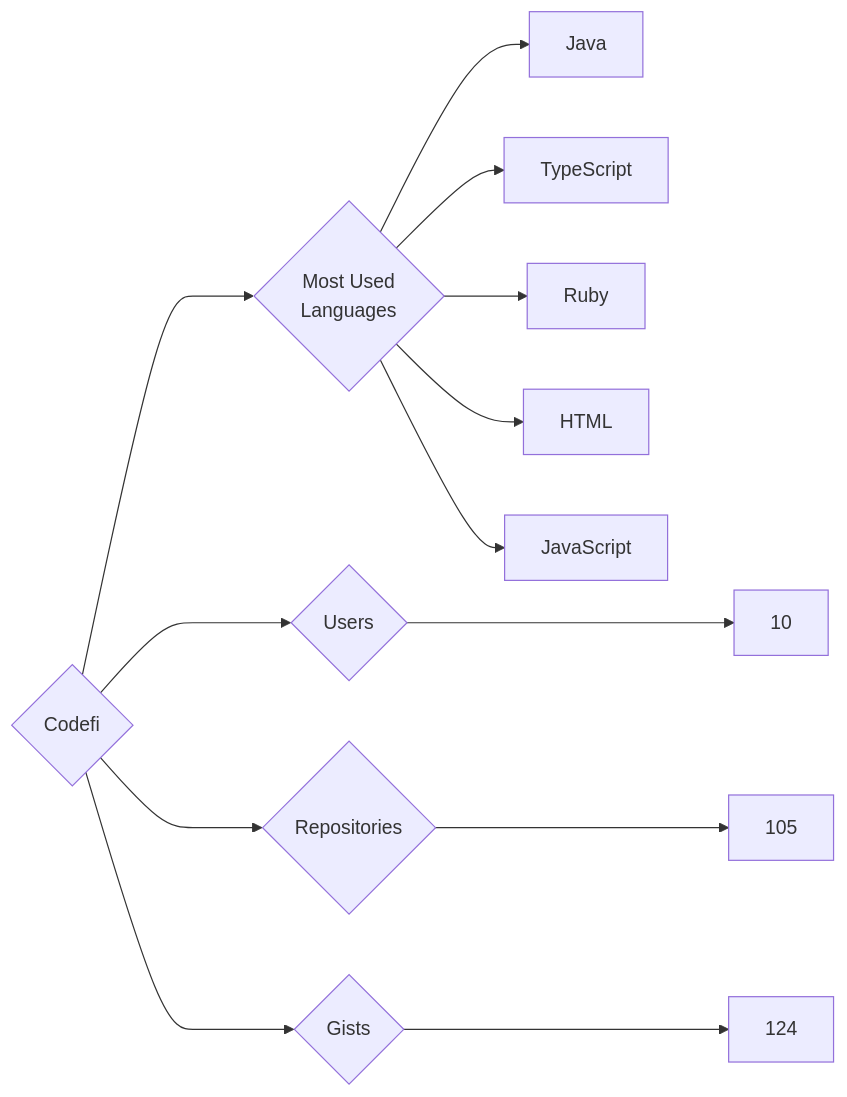
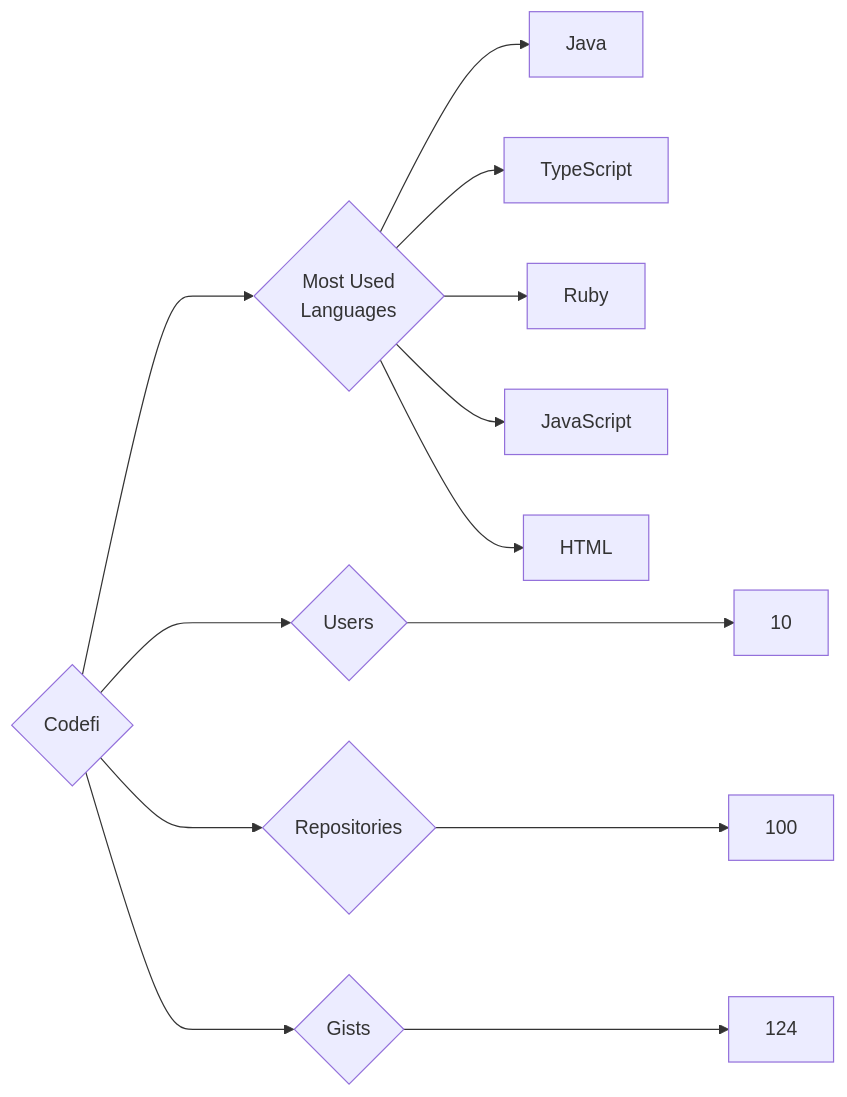
The diagram in targets/Codefi/README.md (trickest/insiders), drawn with Mermaid before and after one commit. The commit also changed 988 other files, not shown here.

````diff
--- a/targets/Codefi/README.md
+++ b/targets/Codefi/README.md
@@ -3,13 +3,13 @@
 ```mermaid
 graph LR
 COMPANY_NAME{Codefi}
 COMPANY_NAME ---> U{Users} ---> UN[10]
-COMPANY_NAME ---> R{Repositories} ---> RN[105]
+COMPANY_NAME ---> R{Repositories} ---> RN[100]
 COMPANY_NAME ---> G{Gists} ---> GN[124]
 COMPANY_NAME ---> ML{Most Used<br>Languages}
 ML --> Java[Java]
 ML --> TypeScript[TypeScript]
 ML --> Ruby[Ruby]
+ML --> JavaScript[JavaScript]
 ML --> HTML[HTML]
-ML --> JavaScript[JavaScript]
 ```
````
